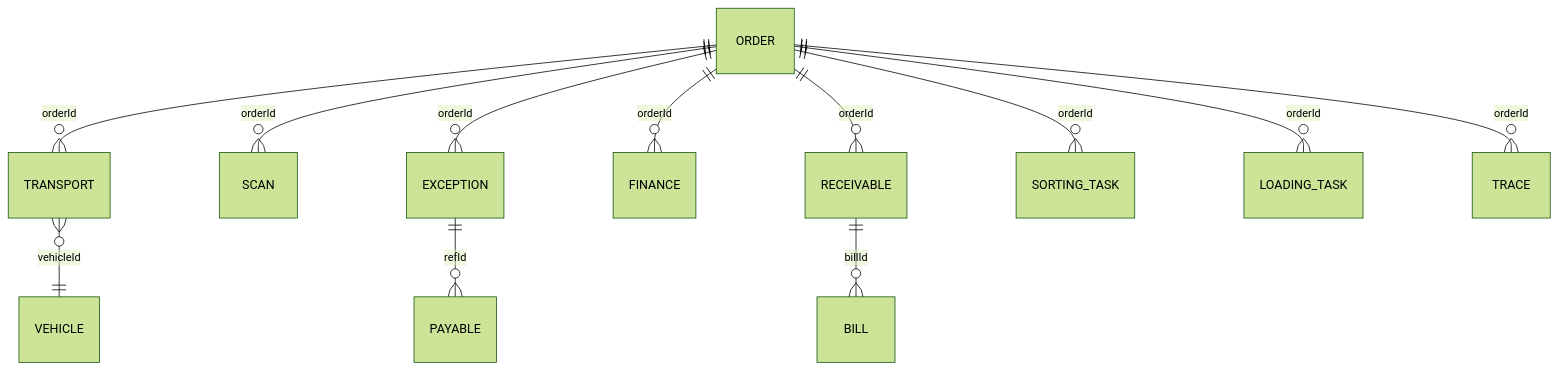
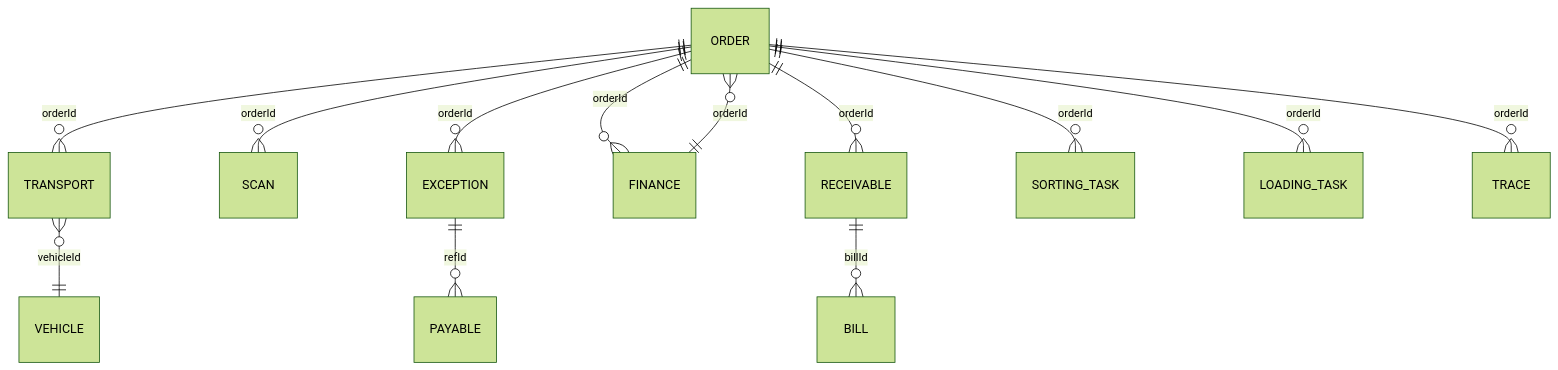
Before and after one commit to PengLine/blog-tms: the third of 16 diagrams in .qoder/repowiki/zh/content/系统架构设计/数据层设计/数据层设计.md, drawn with Mermaid (forest theme). The commit also changed other lines of this file and 101 other files, not shown here.

````diff
--- a/.qoder/repowiki/zh/content/系统架构设计/数据层设计/数据层设计.md
+++ b/.qoder/repowiki/zh/content/系统架构设计/数据层设计/数据层设计.md
@@ -88,14 +106,15 @@
 ```mermaid
 erDiagram
 ORDER ||--o{ TRANSPORT : "orderId"
 ORDER ||--o{ SCAN : "orderId"
 ORDER ||--o{ EXCEPTION : "orderId"
 ORDER ||--o{ FINANCE : "orderId"
 ORDER ||--o{ RECEIVABLE : "orderId"
 ORDER ||--o{ SORTING_TASK : "orderId"
 ORDER ||--o{ LOADING_TASK : "orderId"
 ORDER ||--o{ TRACE : "orderId"
 TRANSPORT }o--|| VEHICLE : "vehicleId"
 EXCEPTION ||--o{ PAYABLE : "refId"
 RECEIVABLE ||--o{ BILL : "billId"
+FINANCE ||--o{ ORDER : "orderId"
 ```
````
